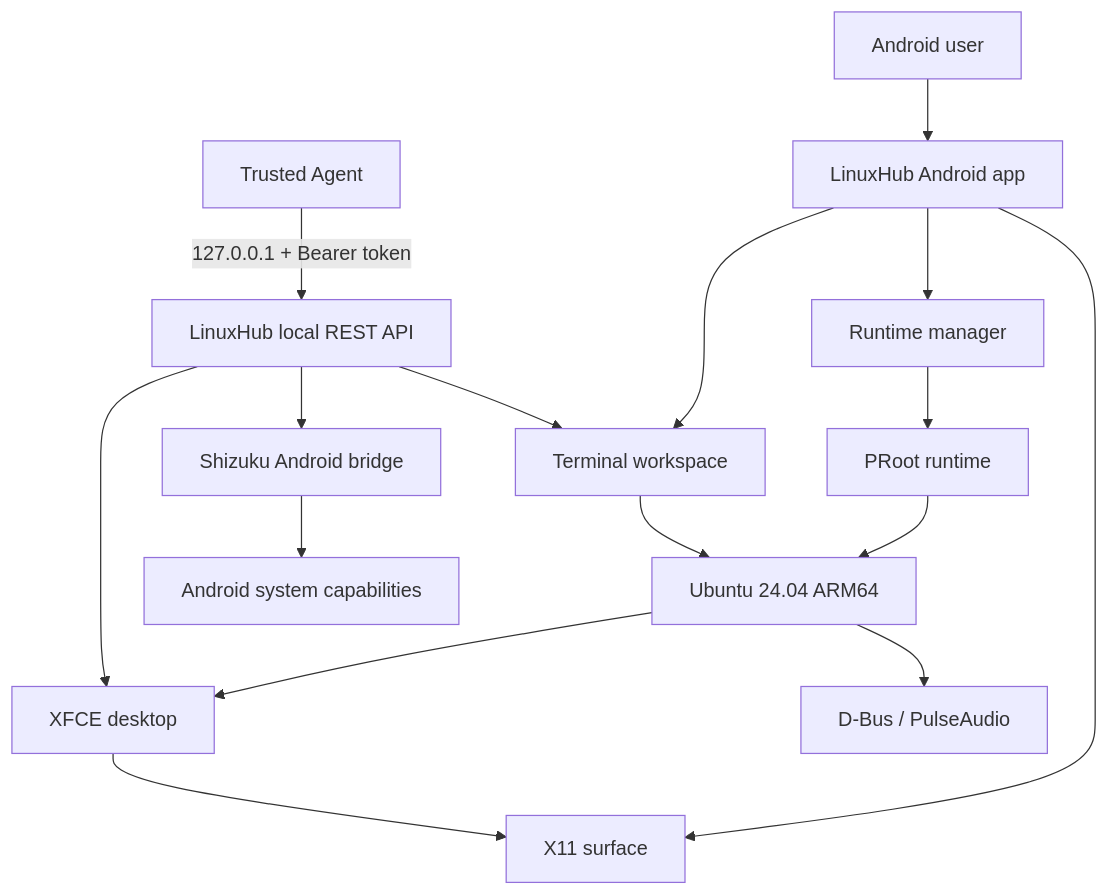
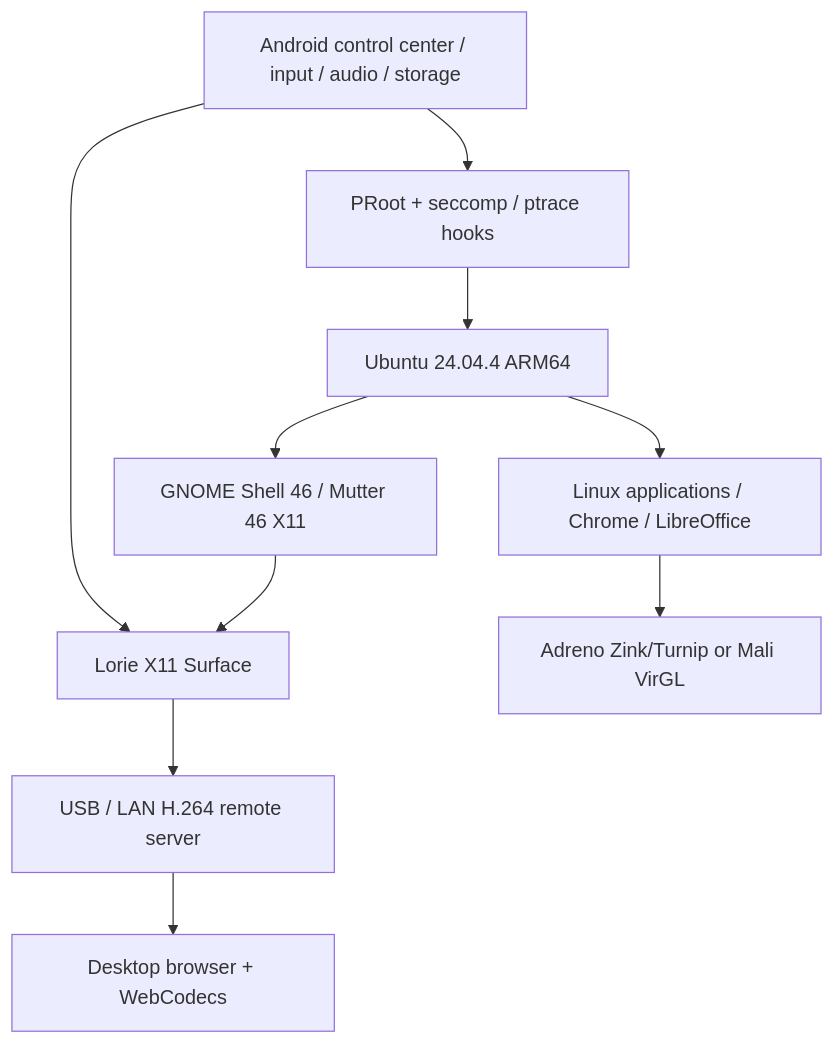
The diagram in README_EN.md (xishanp/Linuxhub), drawn with Mermaid before and after one commit. The commit also changed other lines of this file, not shown here.

Commit message:
docs: sync English README with LinuxHub 2.0

````diff
--- a/README_EN.md
+++ b/README_EN.md
@@ -236,21 +144,21 @@
 ```mermaid
 flowchart TB
-    User[Android user] --> App[LinuxHub Android app]
+    Android[Android control center / input / audio / storage]
+    Surface[Lorie X11 Surface]
+    PRoot[PRoot + seccomp / ptrace hooks]
+    Ubuntu[Ubuntu 24.04.4 ARM64]
+    GNOME[GNOME Shell 46 / Mutter 46 X11]
+    Apps[Linux applications / Chrome / LibreOffice]
+    GPU[Adreno Zink/Turnip or Mali VirGL]
+    Remote[USB / LAN H.264 remote server]
 
-    App --> Terminal[Terminal workspace]
-    App --> Surface[X11 surface]
-    App --> Runtime[Runtime manager]
-
-    Runtime --> PRoot[PRoot runtime]
-    PRoot --> Ubuntu[Ubuntu 24.04 ARM64]
-    Ubuntu --> XFCE[XFCE desktop]
-    Ubuntu --> Audio[D-Bus / PulseAudio]
-    XFCE --> Surface
-    Terminal --> Ubuntu
-
-    Agent[Trusted Agent] -->|127.0.0.1 + Bearer token| API[LinuxHub local REST API]
-    API --> Terminal
-    API --> XFCE
-    API --> Bridge[Shizuku Android bridge]
-    Bridge --> Android[Android system capabilities]
+    Android --> Surface
+    Android --> PRoot
+    PRoot --> Ubuntu
+    Ubuntu --> GNOME
+    Ubuntu --> Apps
+    Apps --> GPU
+    GNOME --> Surface
+    Surface --> Remote
+    Remote --> Browser[Desktop browser + WebCodecs]
 ```
````
